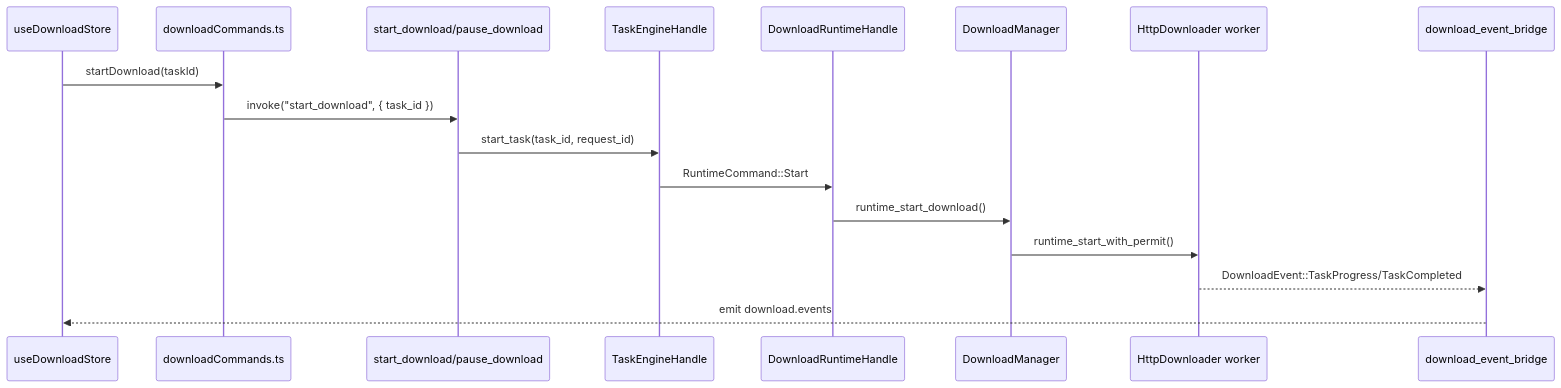
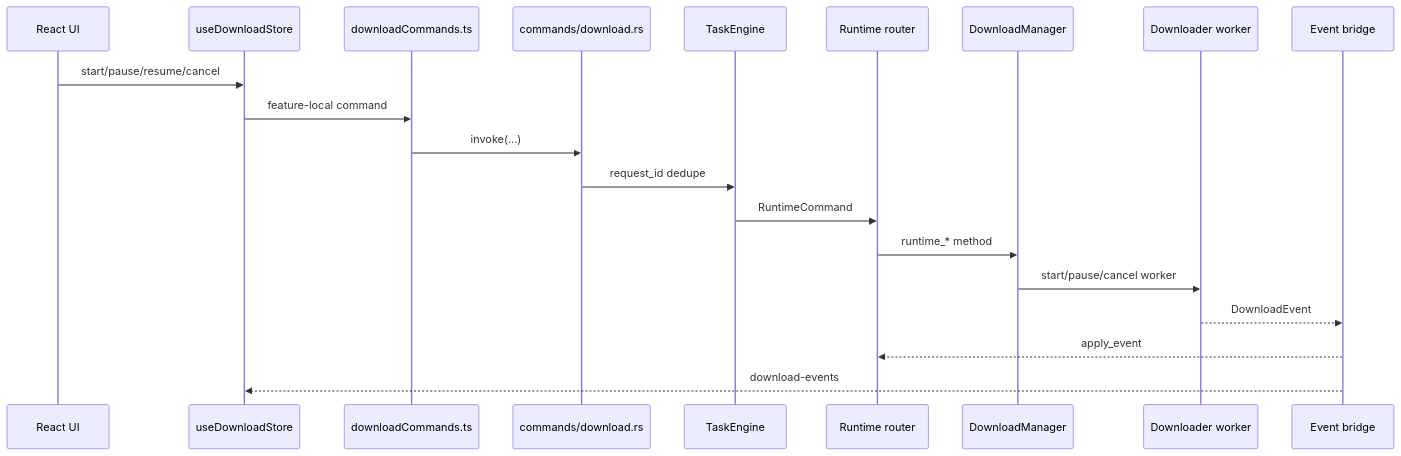
The second of 4 diagrams in docs/large-codebase-ai-handoff-analysis-2026-05-06.md (seaworld008/tauri-video-batch-downloader), drawn with Mermaid before and after one commit. The commit also changed other lines of this file and 48 other files, not shown here.

````diff
--- a/docs/large-codebase-ai-handoff-analysis-2026-05-06.md
+++ b/docs/large-codebase-ai-handoff-analysis-2026-05-06.md
@@ -176,20 +311,23 @@
 ```mermaid
 sequenceDiagram
+  participant UI as React UI
   participant Store as useDownloadStore
   participant Cmd as downloadCommands.ts
-  participant Tauri as start_download/pause_download
-  participant Engine as TaskEngineHandle
-  participant Runtime as DownloadRuntimeHandle
+  participant IPC as commands/download.rs
+  participant Engine as TaskEngine
+  participant Runtime as Runtime router
   participant Manager as DownloadManager
-  participant Worker as HttpDownloader worker
-  participant Bridge as download_event_bridge
+  participant Worker as Downloader worker
+  participant Bridge as Event bridge
 
-  Store->>Cmd: startDownload(taskId)
-  Cmd->>Tauri: invoke("start_download", { task_id })
-  Tauri->>Engine: start_task(task_id, request_id)
-  Engine->>Runtime: RuntimeCommand::Start
-  Runtime->>Manager: runtime_start_download()
-  Manager->>Worker: runtime_start_with_permit()
-  Worker-->>Bridge: DownloadEvent::TaskProgress/TaskCompleted
-  Bridge-->>Store: emit download.events
+  UI->>Store: start/pause/resume/cancel
+  Store->>Cmd: feature-local command
+  Cmd->>IPC: invoke(...)
+  IPC->>Engine: request_id dedupe
+  Engine->>Runtime: RuntimeCommand
+  Runtime->>Manager: runtime_* method
+  Manager->>Worker: start/pause/cancel worker
+  Worker-->>Bridge: DownloadEvent
+  Bridge-->>Runtime: apply_event
+  Bridge-->>Store: download-events
 ```
````
